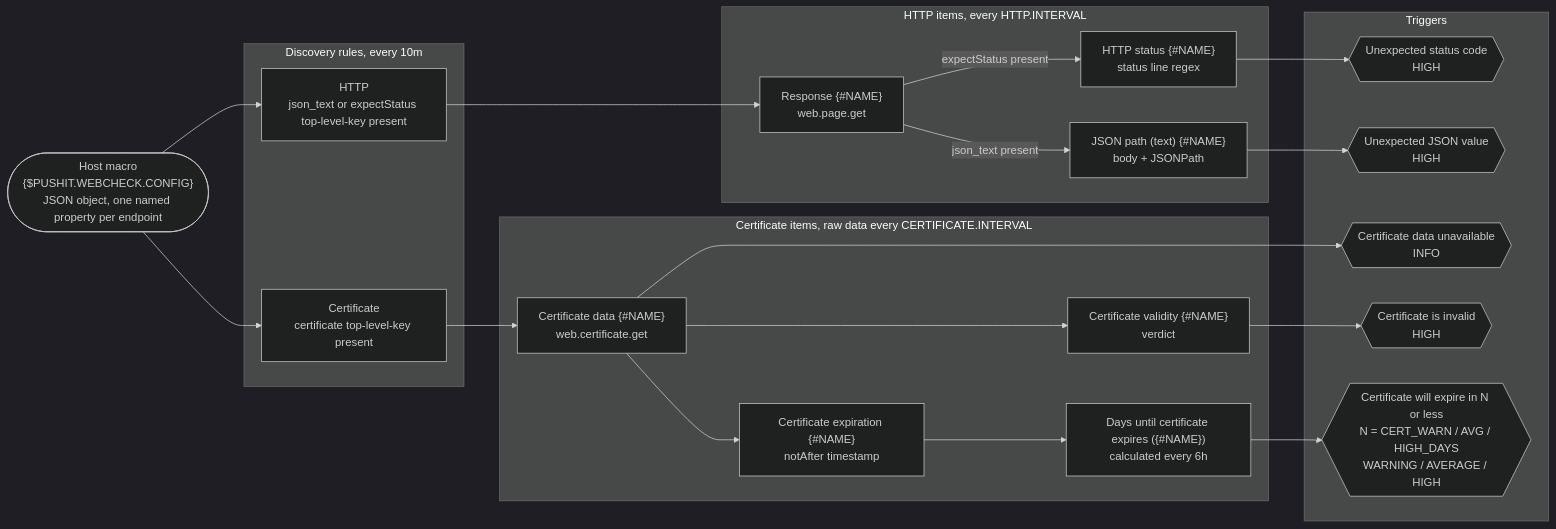
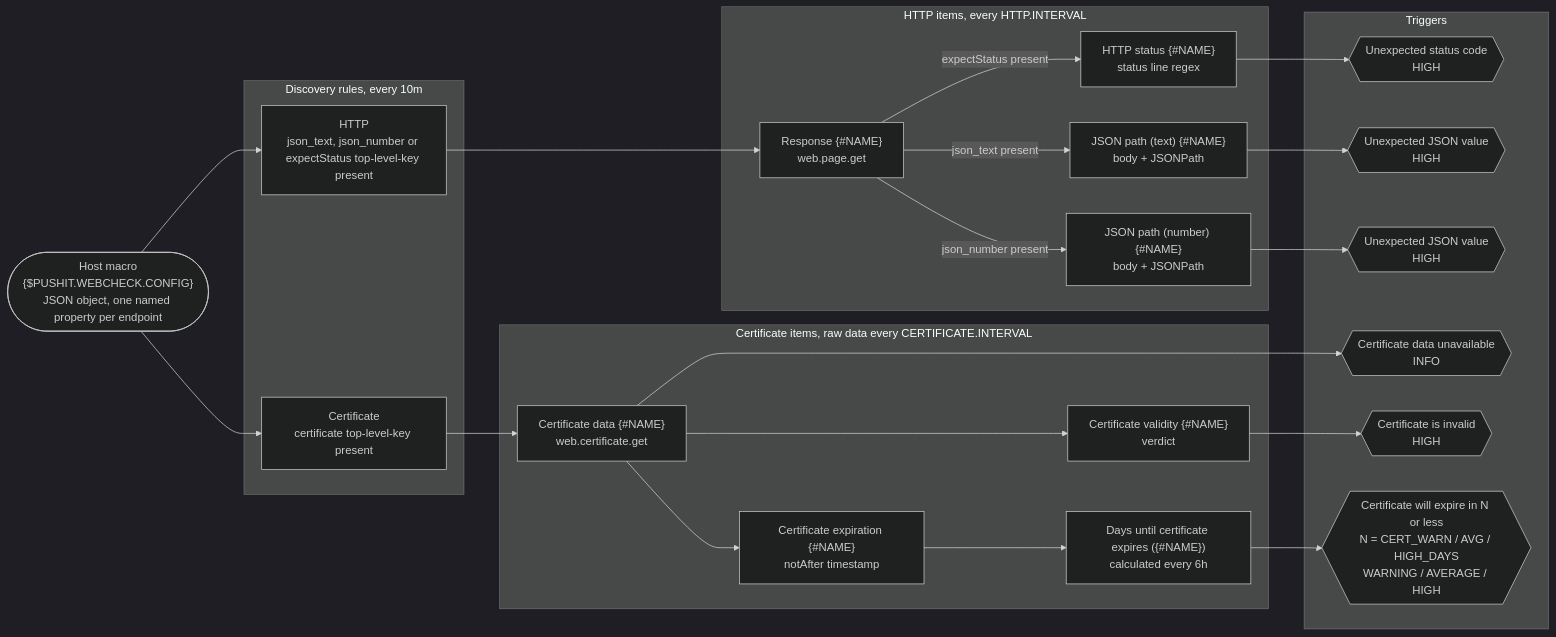
Before and after one commit to we-push-it/zabbix-web-check: the diagram in README.md, drawn with Mermaid (dark theme). The commit also changed other lines of this file and 3 other files, not shown here.

````diff
--- a/README.md
+++ b/README.md
@@ -52,43 +52,47 @@
 ```mermaid
 flowchart LR
     CFG(["Host macro<br/>{$PUSHIT.WEBCHECK.CONFIG}<br/>JSON object, one named property per endpoint"])
 
     subgraph LLD ["Discovery rules, every 10m"]
-        DH["HTTP<br/>json_text or expectStatus top-level-key present"]
+        DH["HTTP<br/>json_text, json_number or expectStatus top-level-key present"]
         DC["Certificate<br/>certificate top-level-key present"]
     end
 
     subgraph HI ["HTTP items, every HTTP.INTERVAL"]
         RAW["Response {#NAME}<br/>web.page.get"]
         ST["HTTP status {#NAME}<br/>status line regex"]
         JP["JSON path (text) {#NAME}<br/>body + JSONPath"]
+        JP_num["JSON path (number) {#NAME}<br/>body + JSONPath"]
     end
 
     subgraph CI ["Certificate items, raw data every CERTIFICATE.INTERVAL"]
         CRAW["Certificate data {#NAME}<br/>web.certificate.get"]
         NA["Certificate expiration {#NAME}<br/>notAfter timestamp"]
         VAL["Certificate validity {#NAME}<br/>verdict"]
         DAYS["Days until certificate expires ({#NAME})<br/>calculated every 6h"]
     end
 
     subgraph TRG ["Triggers"]
         T1{{"Unexpected status code<br/>HIGH"}}
         T2{{"Unexpected JSON value<br/>HIGH"}}
+        T6{{"Unexpected JSON value<br/>HIGH"}}
         T3{{"Certificate data unavailable<br/>INFO"}}
         T4{{"Certificate is invalid<br/>HIGH"}}
         T5{{"Certificate will expire in N or less<br/>N = CERT_WARN / AVG / HIGH_DAYS<br/>WARNING / AVERAGE / HIGH"}}
     end
 
     CFG --> DH & DC
     DH --> RAW
     RAW -->|expectStatus present| ST
     RAW -->|json_text present| JP
+    RAW -->|json_number present| JP_num
     DC --> CRAW
     CRAW --> NA & VAL
     NA --> DAYS
     ST --> T1
     JP --> T2
     CRAW --> T3
     VAL --> T4
     DAYS --> T5
+    JP_num --> T6
 ```
````
